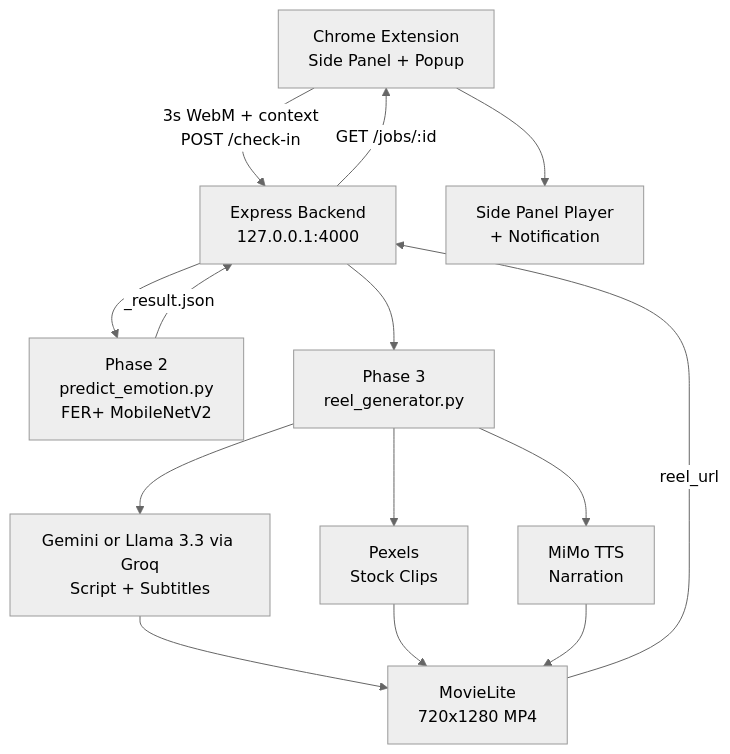
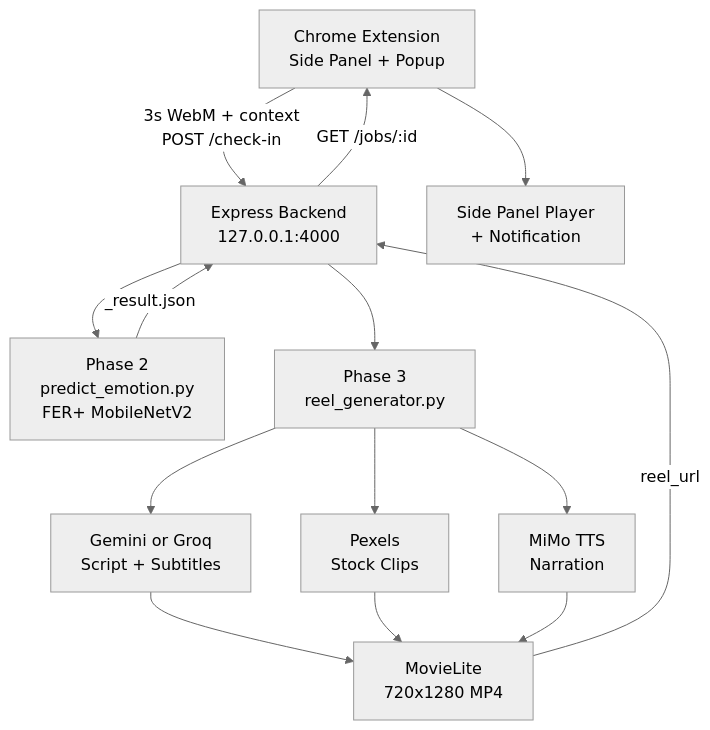
Before and after one commit to mindstream-org/mind-stream: the diagram in README.md, drawn with Mermaid (neutral theme). The commit also changed other lines of this file and 1 other file, not shown here.

Commit message:
refactor(docs): update script model references to gpt-oss

````diff
--- a/README.md
+++ b/README.md
@@ -28,14 +28,14 @@
 ```mermaid
 flowchart TD
     A[Chrome Extension\nSide Panel + Popup] -->|3s WebM + context\nPOST /check-in| B[Express Backend\n127.0.0.1:4000]
     B --> C[Phase 2\npredict_emotion.py\nFER+ MobileNetV2]
     C -->|_result.json| B
     B --> D[Phase 3\nreel_generator.py]
-    D --> E[Gemini or Llama 3.3 via Groq\nScript + Subtitles]
+    D --> E[Gemini or Groq\nScript + Subtitles]
     D --> F[Pexels\nStock Clips]
     D --> G[MiMo TTS\nNarration]
     E & F & G --> H[MovieLite\n720x1280 MP4]
     H -->|reel_url| B
     B -->|GET /jobs/:id| A
     A --> I[Side Panel Player\n+ Notification]
 ```
````
